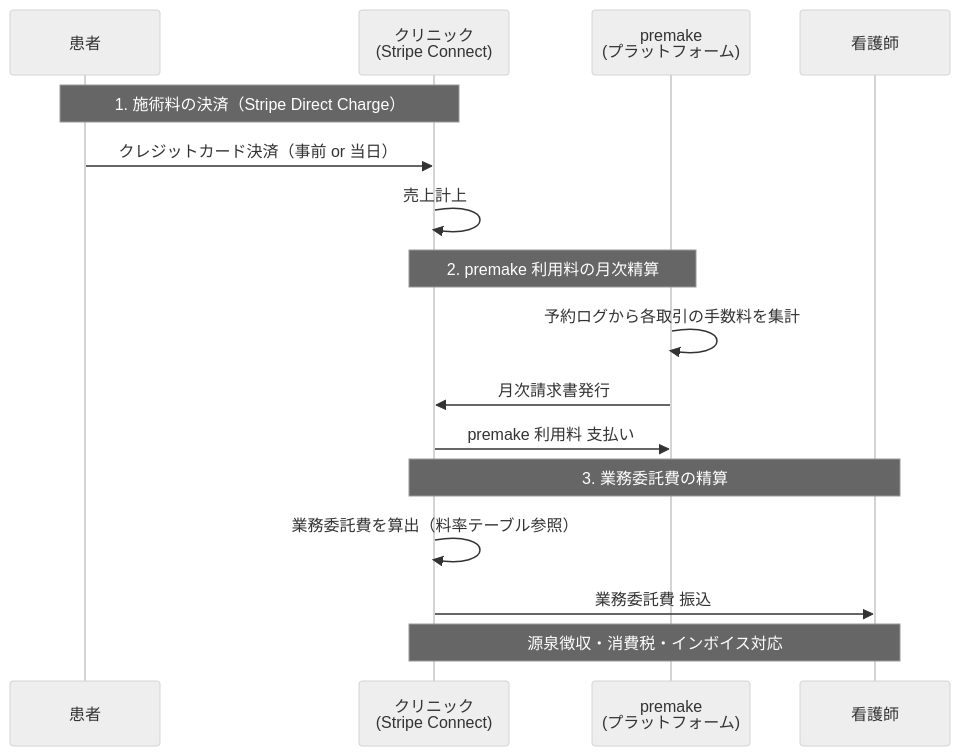
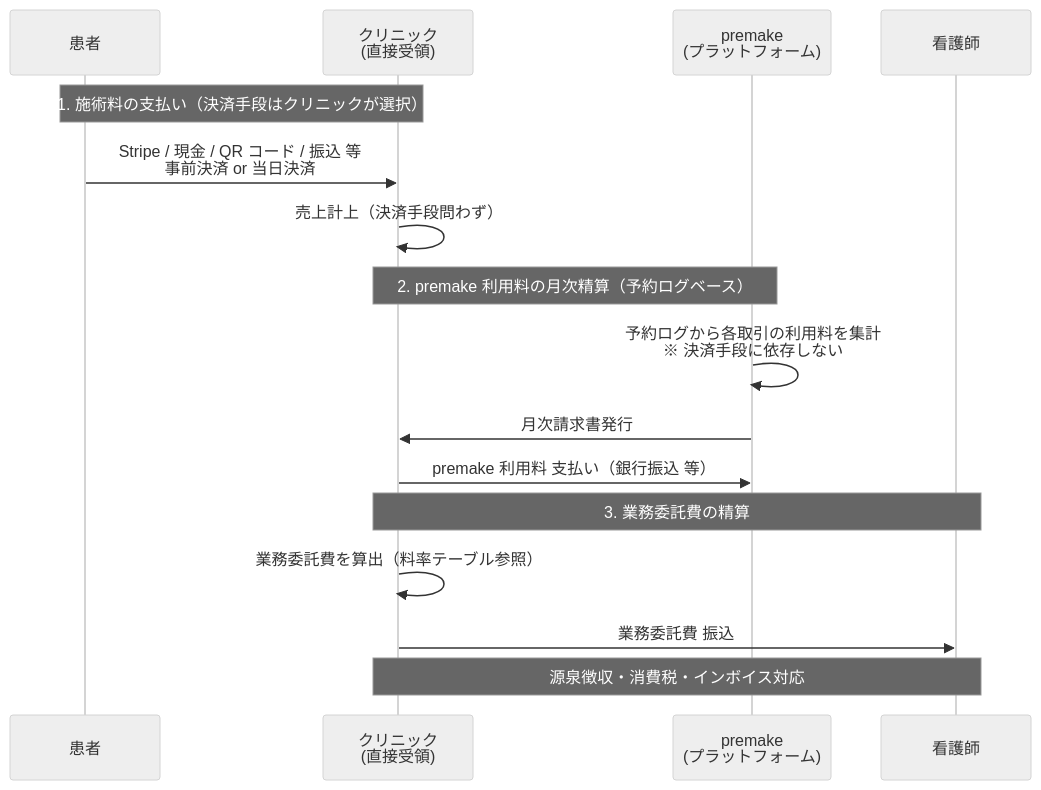
The first of 3 diagrams in docs/05_仕様変更検討/04_差分_お金の流れと手数料.md (YU-Kawasaki-05/premake), drawn with Mermaid (neutral theme) before and after one commit. The commit also changed other lines of this file and 3 other files, not shown here.

````diff
--- a/docs/05_仕様変更検討/04_差分_お金の流れと手数料.md
+++ b/docs/05_仕様変更検討/04_差分_お金の流れと手数料.md
@@ -22,21 +23,21 @@
 ```mermaid
 sequenceDiagram
     participant P as 患者
-    participant Cli as クリニック<br/>(Stripe Connect)
+    participant Cli as クリニック<br/>(直接受領)
     participant Pr as premake<br/>(プラットフォーム)
     participant N as 看護師
 
-    Note over P,Cli: 1. 施術料の決済（Stripe Direct Charge）
-    P->>Cli: クレジットカード決済（事前 or 当日）
-    Cli->>Cli: 売上計上
+    Note over P,Cli: 1. 施術料の支払い（決済手段はクリニックが選択）
+    P->>Cli: Stripe / 現金 / QR コード / 振込 等<br/>事前決済 or 当日決済
+    Cli->>Cli: 売上計上（決済手段問わず）
 
-    Note over Cli,Pr: 2. premake 利用料の月次精算
-    Pr->>Pr: 予約ログから各取引の手数料を集計
+    Note over Cli,Pr: 2. premake 利用料の月次精算（予約ログベース）
+    Pr->>Pr: 予約ログから各取引の利用料を集計<br/>※ 決済手段に依存しない
     Pr->>Cli: 月次請求書発行
-    Cli->>Pr: premake 利用料 支払い
+    Cli->>Pr: premake 利用料 支払い（銀行振込 等）
 
     Note over Cli,N: 3. 業務委託費の精算
     Cli->>Cli: 業務委託費を算出（料率テーブル参照）
     Cli->>N: 業務委託費 振込
     Note over Cli,N: 源泉徴収・消費税・インボイス対応
 ```
````
